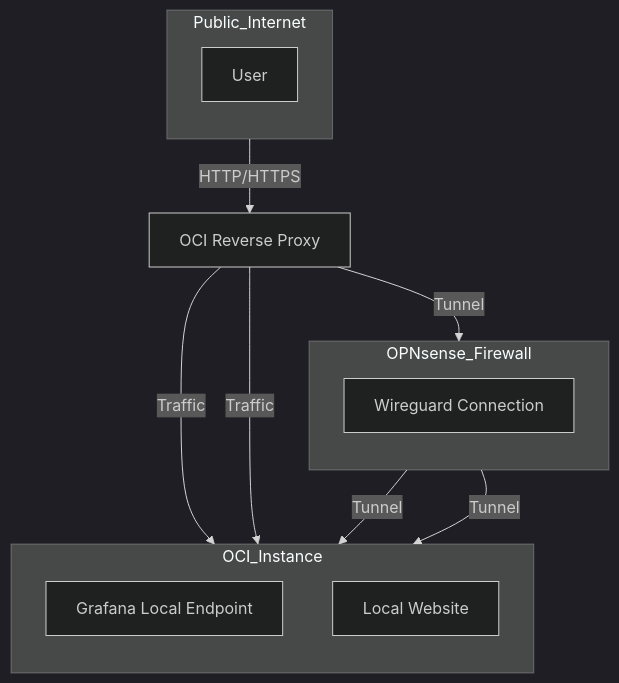
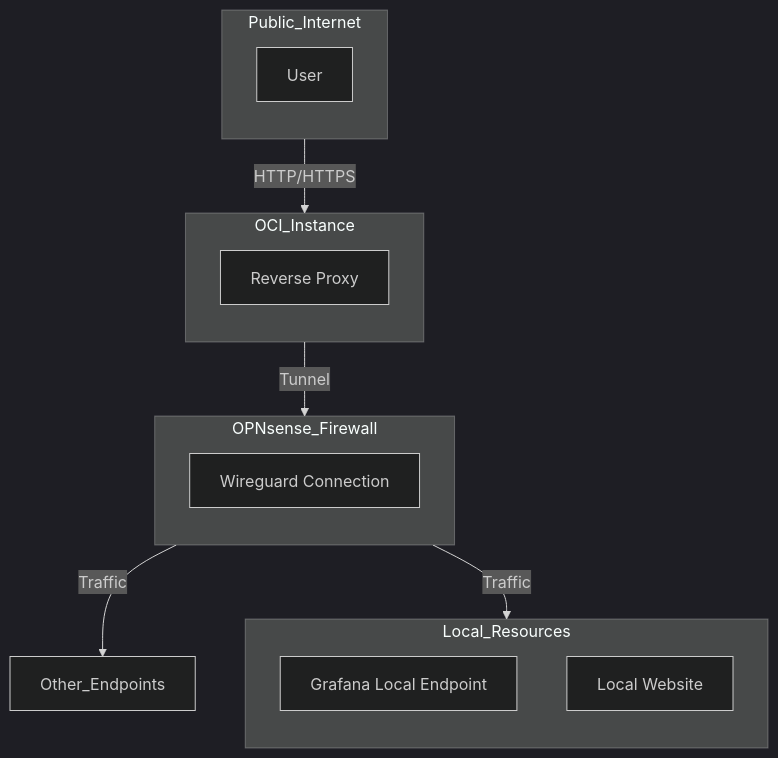
Before and after one commit to MarlonJMejia/MarlonJMejia.github.io: the diagram in Reverse_Proxy_mermaid.md, drawn with Mermaid (dark theme). The commit also changed other lines of this file, not shown here.

````diff
--- a/Reverse_Proxy_mermaid.md
+++ b/Reverse_Proxy_mermaid.md
@@ -1,25 +1,28 @@
 ```mermaid
 graph TD
+    subgraph Public_Internet
+        direction TB
+        User[User]
+    end
+
     subgraph OCI_Instance
         direction TB
-        Grafana_Local_Endpoint[Grafana Local Endpoint]
-        Local_Website[Local Website]
+        Reverse_Proxy[Reverse Proxy]
     end
 
     subgraph OPNsense_Firewall
         direction TB
         Wireguard_Connection[Wireguard Connection]
     end
 
-    subgraph Public_Internet
+    subgraph Local_Resources
         direction TB
-        User[User]
+        Grafana[Grafana Local Endpoint]
+        Local_Website[Local Website]
     end
 
-    User -->|HTTP/HTTPS| Reverse_Proxy[OCI Reverse Proxy]
-    Reverse_Proxy -->|Traffic| Grafana_Local_Endpoint
-    Reverse_Proxy -->|Traffic| Local_Website
+    User -->|HTTP/HTTPS| Reverse_Proxy
     Reverse_Proxy -->|Tunnel| Wireguard_Connection
-    Wireguard_Connection -->|Tunnel| Grafana_Local_Endpoint
-    Wireguard_Connection -->|Tunnel| Local_Website
+    Wireguard_Connection -->|Traffic| Grafana
+    Wireguard_Connection -->|Traffic| Other_Endpoints
 ```
````
